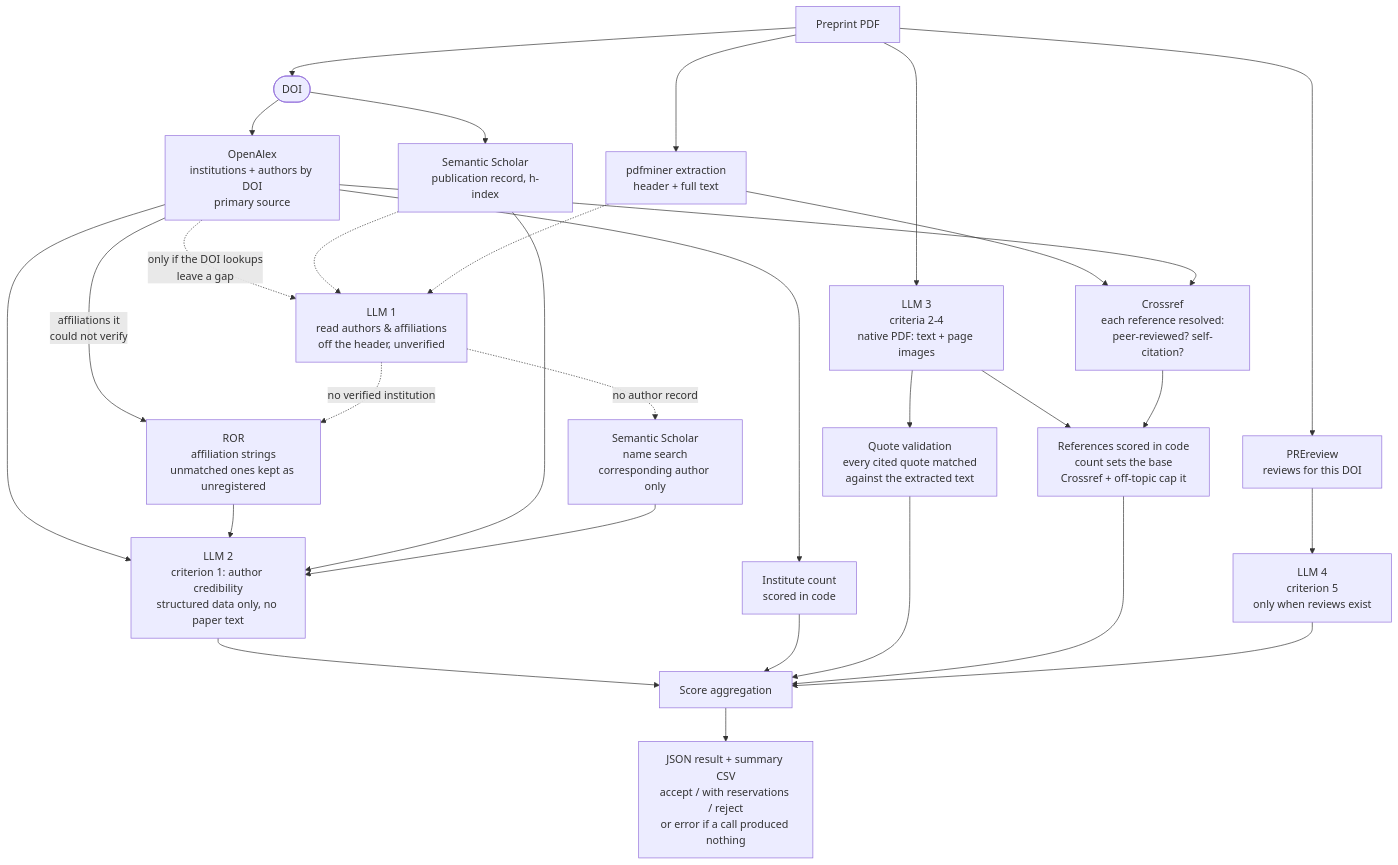
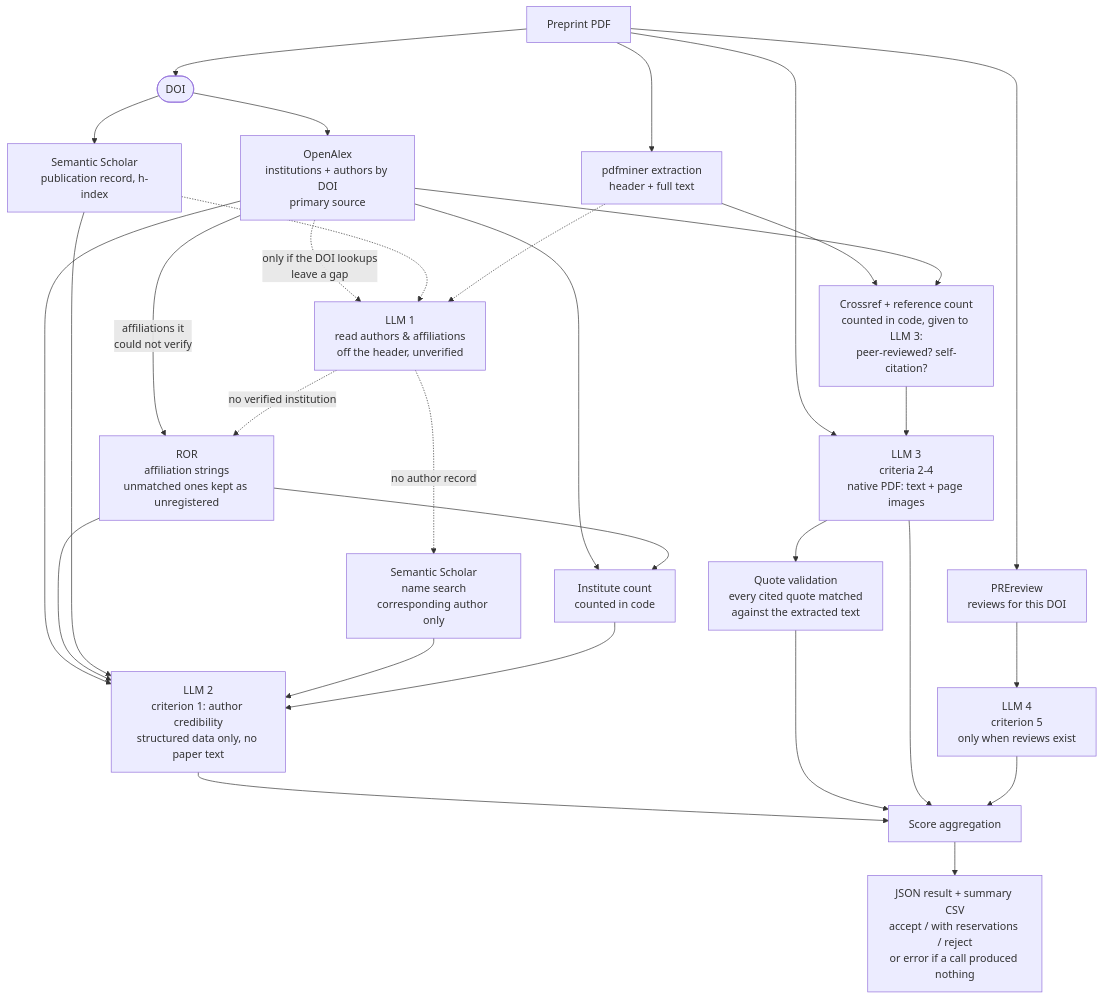
Before and after one commit to JuanFinello/preprints-classification-system: the diagram in README.md, drawn with Mermaid. The commit also changed other lines of this file and 4 other files, not shown here.

````diff
--- a/README.md
+++ b/README.md
@@ -40,38 +38,38 @@
 ```mermaid
 flowchart TD
     A[Preprint PDF] --> B[pdfminer extraction<br/>header + full text]
     A --> DOI([DOI])
 
     DOI --> D2[OpenAlex<br/>institutions + authors by DOI<br/>primary source]
     DOI --> D3[Semantic Scholar<br/>publication record, h-index]
 
     D2 -. only if the DOI lookups<br/>leave a gap .-> C[LLM 1<br/>read authors & affiliations<br/>off the header, unverified]
     D3 -.-> C
     B -.-> C
     D2 -- affiliations it<br/>could not verify --> D1[ROR<br/>affiliation strings<br/>unmatched ones kept as unregistered]
     C -. no verified institution .-> D1
     C -. no author record .-> D4[Semantic Scholar<br/>name search<br/>corresponding author only]
 
     D2 --> F[LLM 2<br/>criterion 1: author credibility<br/>structured data only, no paper text]
     D1 --> F
     D3 --> F
     D4 --> F
-    D2 --> N[Institute count<br/>scored in code]
+    D2 --> N[Institute count<br/>counted in code]
+    D1 --> N
+    N --> F
 
     A --> E[LLM 3<br/>criteria 2-4<br/>native PDF: text + page images]
     E --> I[Quote validation<br/>every cited quote matched<br/>against the extracted text]
-    B --> V[Crossref<br/>each reference resolved:<br/>peer-reviewed? self-citation?]
+    B --> V[Crossref + reference count<br/>counted in code, given to LLM 3:<br/>peer-reviewed? self-citation?]
     D2 --> V
-    E --> J[References scored in code<br/>count sets the base<br/>Crossref + off-topic cap it]
-    V --> J
+    V --> E
 
     A --> H[PREreview<br/>reviews for this DOI]
     H --> G[LLM 4<br/>criterion 5<br/>only when reviews exist]
 
     F --> K[Score aggregation]
-    N --> K
     I --> K
-    J --> K
+    E --> K
     G --> K
     K --> L[JSON result + summary CSV<br/>accept / with reservations / reject<br/>or error if a call produced nothing]
 ```
````
